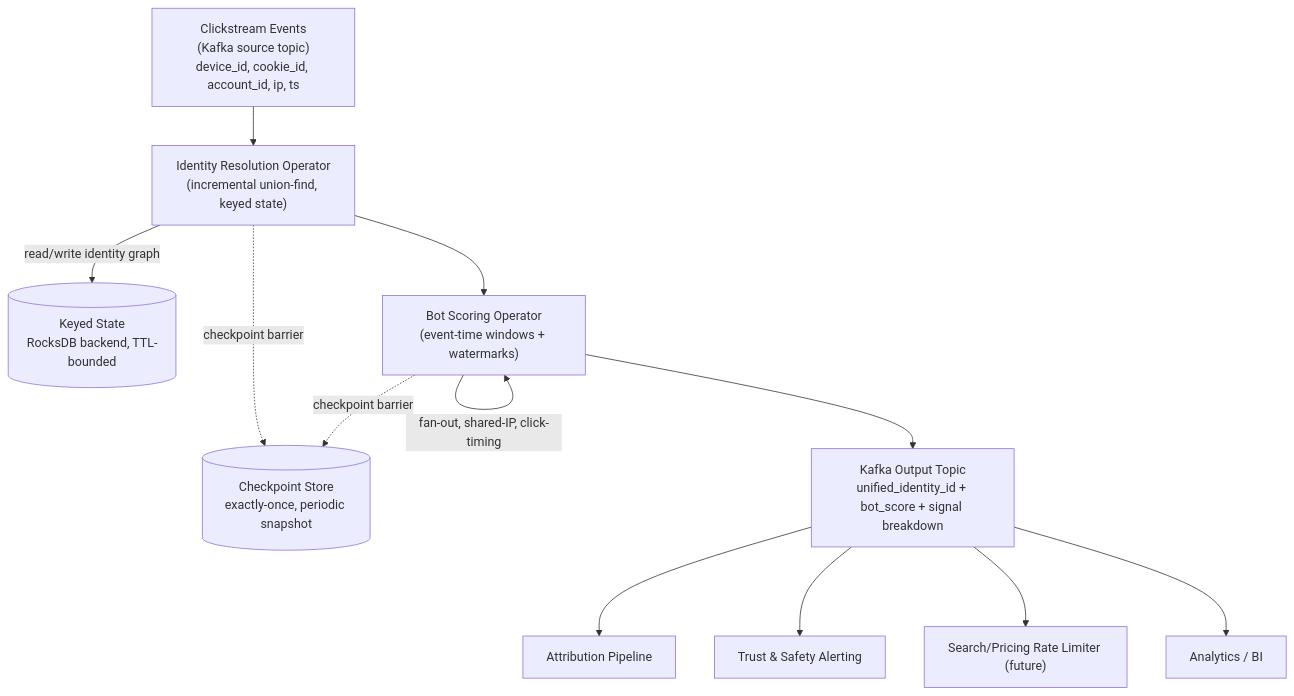
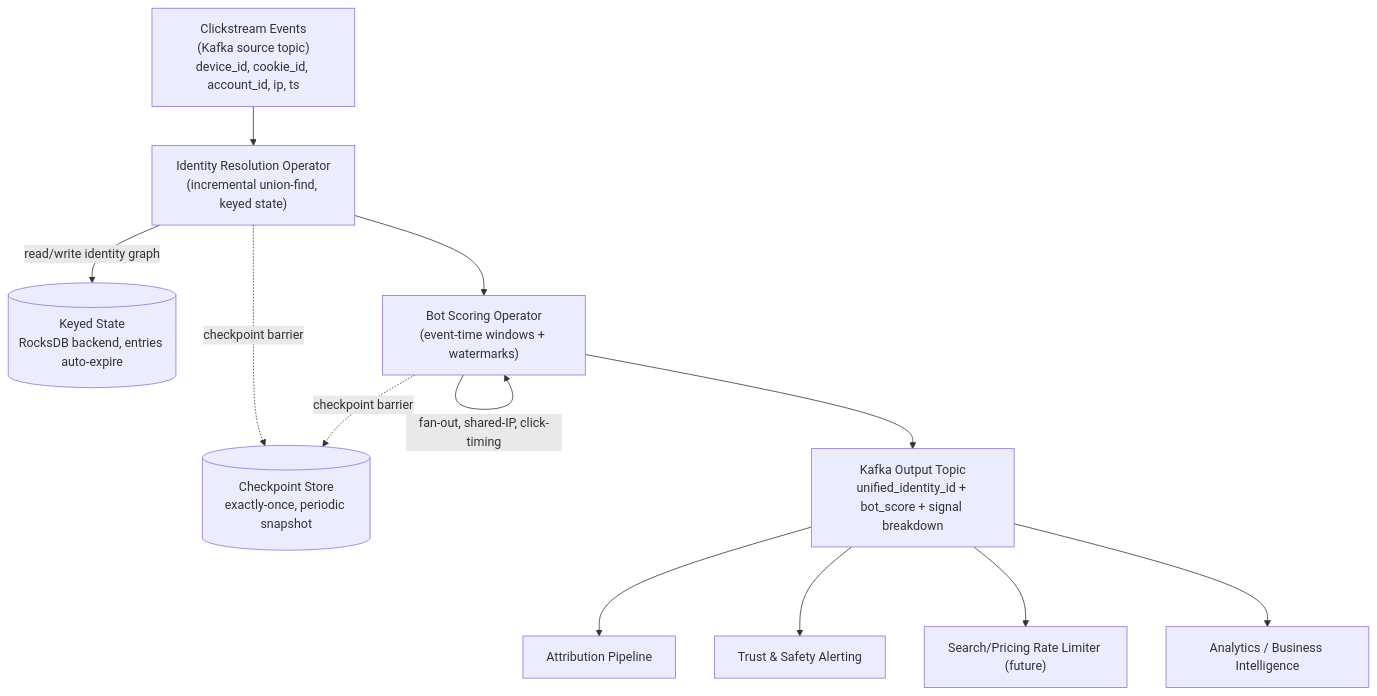
The diagram in docs/TECH_DESIGN.md (Minal18/identity-bot-pipeline), drawn with Mermaid before and after one commit. The commit also changed other lines of this file and 1 other file, not shown here.

````diff
--- a/docs/TECH_DESIGN.md
+++ b/docs/TECH_DESIGN.md
@@ -9,14 +20,14 @@
 ```mermaid
 flowchart TD
     A["Clickstream Events<br/>(Kafka source topic)<br/>device_id, cookie_id, account_id, ip, ts"] --> B["Identity Resolution Operator<br/>(incremental union-find, keyed state)"]
-    B -- "read/write identity graph" --> C[("Keyed State<br/>RocksDB backend, TTL-bounded")]
+    B -- "read/write identity graph" --> C[("Keyed State<br/>RocksDB backend, entries auto-expire")]
     B --> D["Bot Scoring Operator<br/>(event-time windows + watermarks)"]
     D -- "fan-out, shared-IP, click-timing" --> D
     B -. "checkpoint barrier" .-> E[("Checkpoint Store<br/>exactly-once, periodic snapshot")]
     D -. "checkpoint barrier" .-> E
     D --> F["Kafka Output Topic<br/>unified_identity_id + bot_score + signal breakdown"]
     F --> G["Attribution Pipeline"]
     F --> H["Trust & Safety Alerting"]
     F --> I["Search/Pricing Rate Limiter (future)"]
-    F --> J["Analytics / BI"]
+    F --> J["Analytics / Business Intelligence"]
 ```
````
